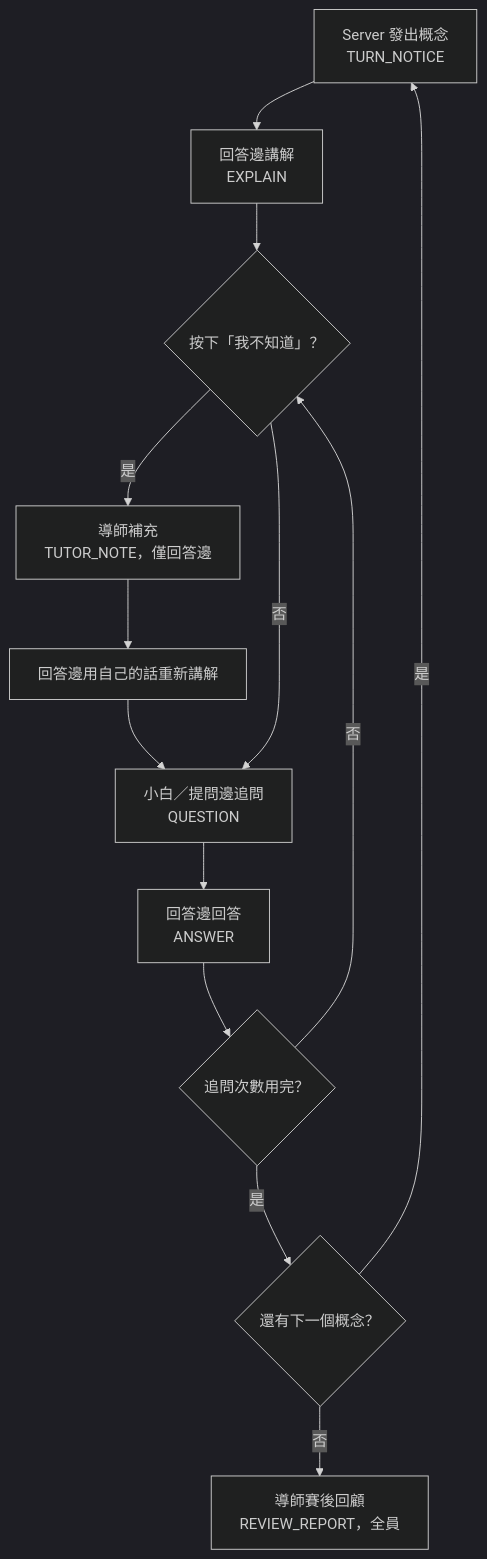
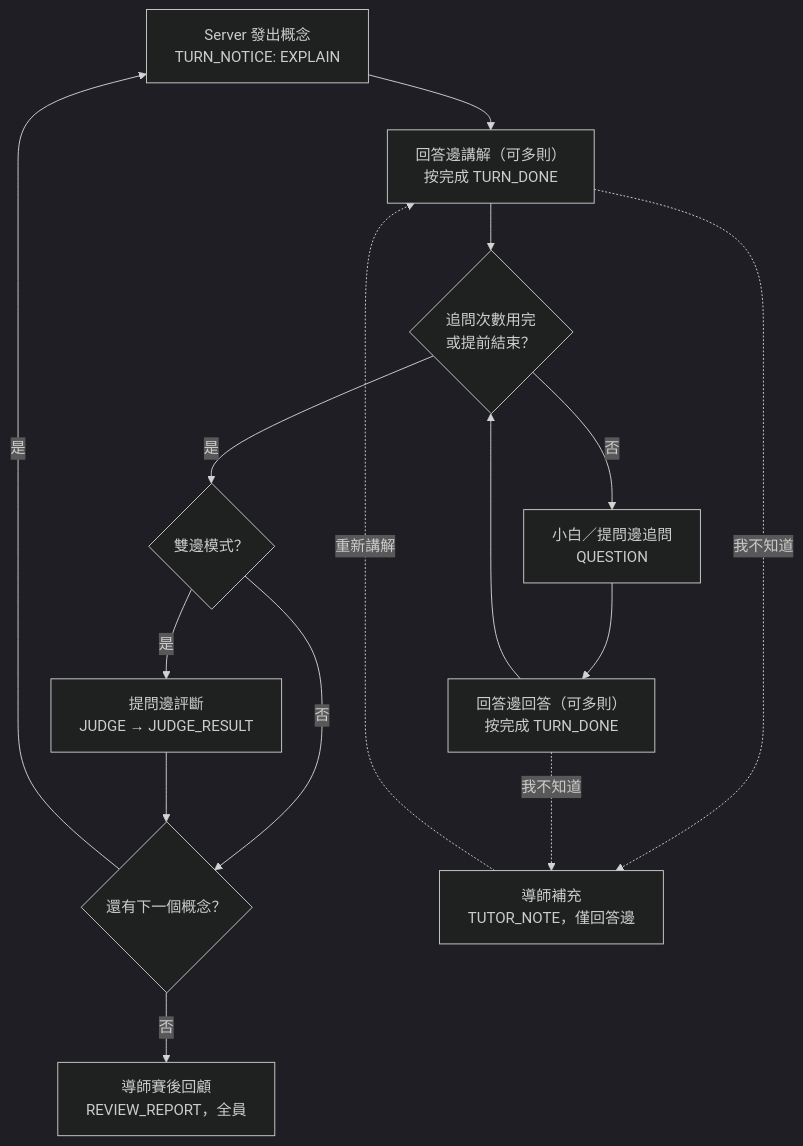
The second of 2 diagrams in docs/PRD.md (sz-hong/Feynruta), drawn with Mermaid (dark theme) before and after one commit. The commit also changed other lines of this file and 10 other files, not shown here.

````diff
--- a/docs/PRD.md
+++ b/docs/PRD.md
@@ -209,15 +248,17 @@
 ```mermaid
 flowchart TD
-    A[Server 發出概念<br/>TURN_NOTICE] --> B[回答邊講解<br/>EXPLAIN]
-    B --> C{按下「我不知道」？}
-    C -- 是 --> D[導師補充<br/>TUTOR_NOTE，僅回答邊]
-    D --> E[回答邊用自己的話重新講解]
-    E --> F
-    C -- 否 --> F[小白／提問邊追問<br/>QUESTION]
-    F --> G[回答邊回答<br/>ANSWER]
-    G --> H{追問次數用完？}
-    H -- 否 --> C
-    H -- 是 --> I{還有下一個概念？}
+    A[Server 發出概念<br/>TURN_NOTICE: EXPLAIN] --> B[回答邊講解（可多則）<br/>按完成 TURN_DONE]
+    B --> Q{追問次數用完<br/>或提前結束？}
+    Q -- 否 --> F[小白／提問邊追問<br/>QUESTION]
+    F --> G[回答邊回答（可多則）<br/>按完成 TURN_DONE]
+    G --> Q
+    Q -- 是 --> J{雙邊模式？}
+    J -- 是 --> K[提問邊評斷<br/>JUDGE → JUDGE_RESULT]
+    J -- 否 --> I
+    K --> I{還有下一個概念？}
     I -- 是 --> A
-    I -- 否 --> J[導師賽後回顧<br/>REVIEW_REPORT，全員]
+    I -- 否 --> R[導師賽後回顧<br/>REVIEW_REPORT，全員]
+    B -. 我不知道 .-> H[導師補充<br/>TUTOR_NOTE，僅回答邊]
+    G -. 我不知道 .-> H
+    H -. 重新講解 .-> B
 ```
````
